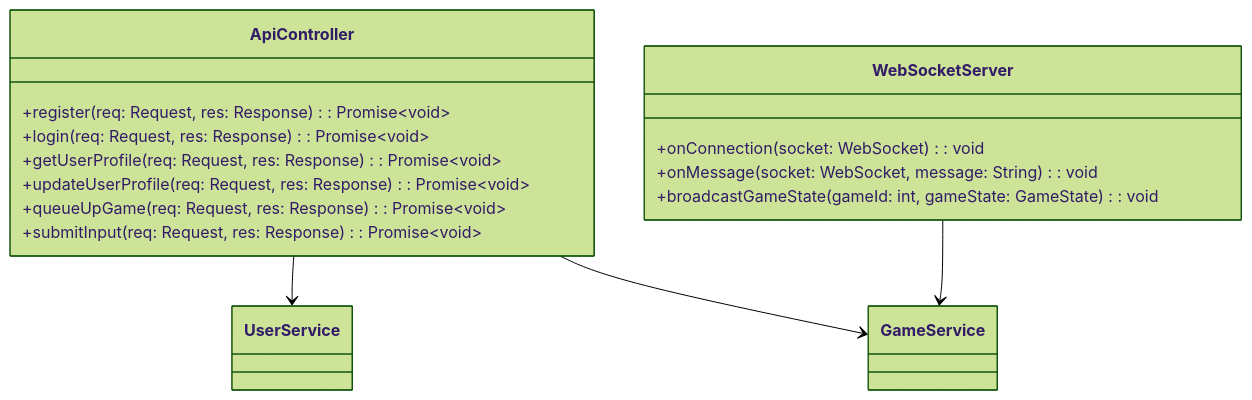
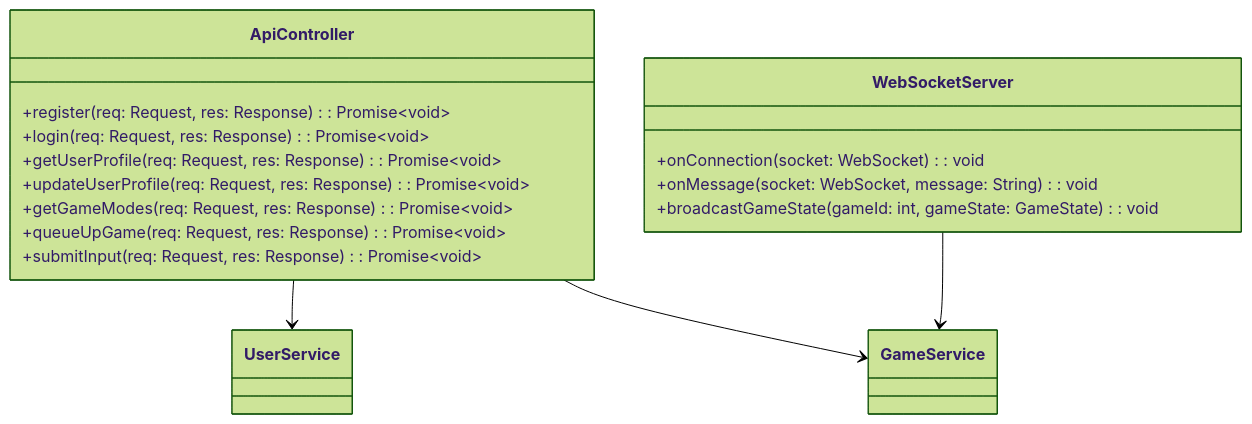
Before and after one commit to GitDevla/infinite-simon: the sixth of 6 diagrams in docs/system-design.md, drawn with Mermaid (forest theme). The commit also changed 7 other files, not shown here.

````diff
--- a/docs/system-design.md
+++ b/docs/system-design.md
@@ -264,19 +264,20 @@
 ```mermaid
 classDiagram
     class ApiController {
         +register(req: Request, res: Response): Promise~void~
         +login(req: Request, res: Response): Promise~void~
         +getUserProfile(req: Request, res: Response): Promise~void~
         +updateUserProfile(req: Request, res: Response): Promise~void~
+        +getGameModes(req: Request, res: Response): Promise~void~
         +queueUpGame(req: Request, res: Response): Promise~void~
         +submitInput(req: Request, res: Response): Promise~void~
     }
     class WebSocketServer {
         +onConnection(socket: WebSocket): void
         +onMessage(socket: WebSocket, message: String): void
         +broadcastGameState(gameId: int, gameState: GameState): void
     }
     ApiController --> UserService
     ApiController --> GameService
     WebSocketServer --> GameService
 ```
````
